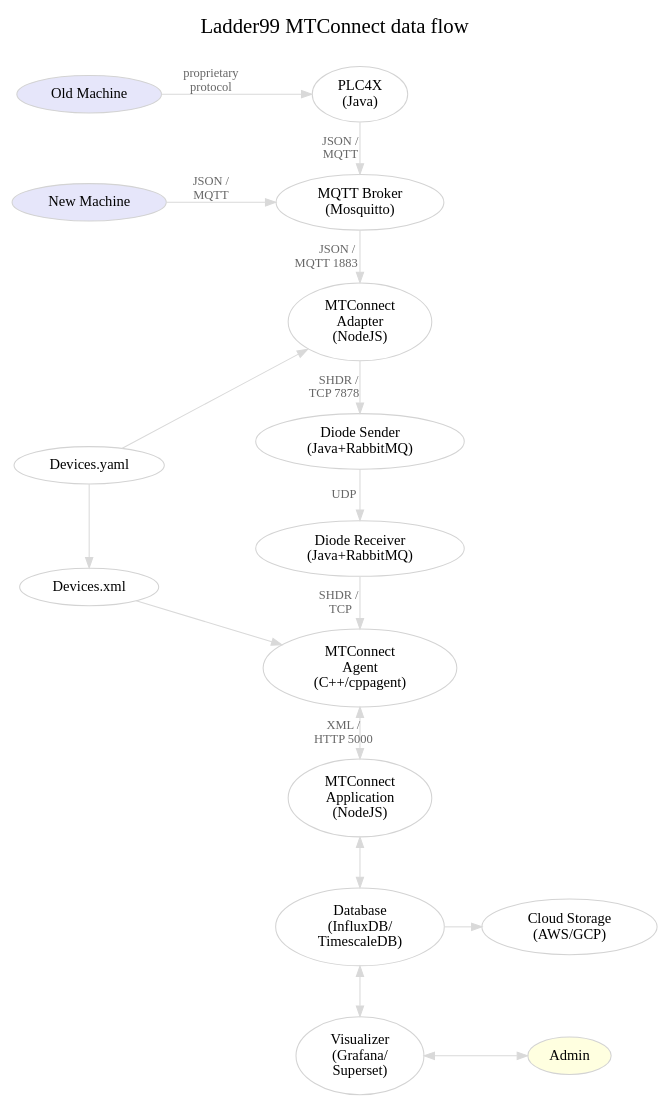
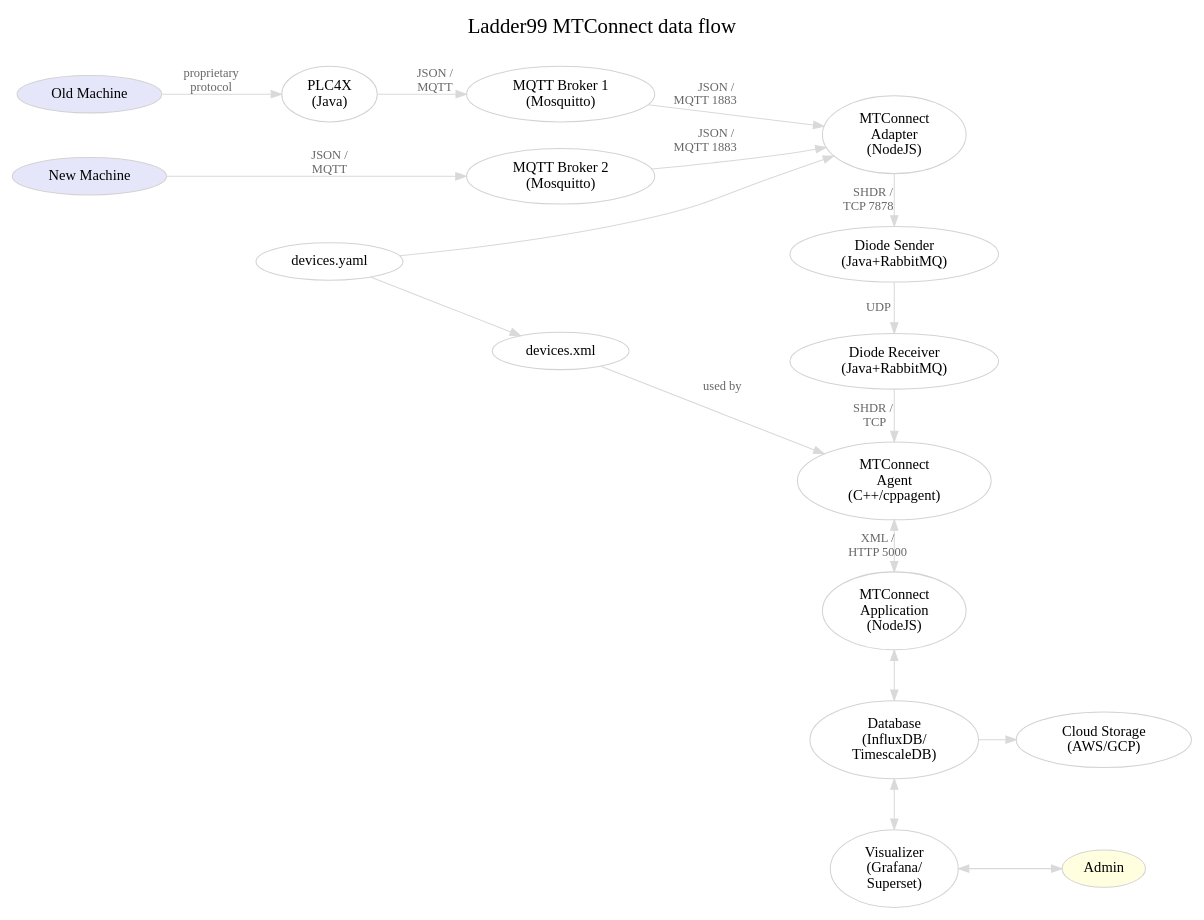
One commit to Ladder99/ladder99 changed the diagram in docs/architecture.dot. Above: the diagram before and after it, drawn with Graphviz.

Commit message:
wip docs

```diff
--- a/docs/architecture.dot
+++ b/docs/architecture.dot
@@ -1,56 +1,61 @@
 digraph "ladder99-adapter" {
 
   // styles
   graph [ label="Ladder99 MTConnect data flow\n "; color=lightgray; ];
   graph [ fontsize=20 ];
   graph [ labelloc=t ];
   graph [ ranksep=0.2 ];
   graph [ nodesep=0.35 ];
   graph [ rankdir=LR; ] // left-to-right
   node [ color=lightgray; fillcolor=white; style=filled ];
   edge [ color=gray85 ];
   edge [ fontsize=12; fontcolor=gray40; ];
 
   // nodes
   OldMachine [ fillcolor=lavender; label="Old Machine" ];
   NewMachine [ fillcolor=lavender; label="New Machine" ];
   PLC4X [ label="PLC4X\n(Java)" ];
-  Broker [ label="MQTT Broker\n(Mosquitto)" ];
+  Broker1 [ label="MQTT Broker 1\n(Mosquitto)" ];
+  Broker2 [ label="MQTT Broker 2\n(Mosquitto)" ];
   Adapter [ fillcolor=white; label="MTConnect\nAdapter\n(NodeJS)" ];
-  DevicesYaml [ label="Devices.yaml" ];
+  DevicesYaml [ label="devices.yaml" ];
   DiodeSender [ label="Diode Sender\n(Java+RabbitMQ)" ];
   DiodeReceiver [ label="Diode Receiver\n(Java+RabbitMQ)" ];
   Agent [ fillcolor=white; label="MTConnect\nAgent\n(C++/cppagent)" ];
-  DevicesXml [ label="Devices.xml" ];
+  DevicesXml [ label="devices.xml" ];
   Application [ fillcolor=white; label="MTConnect\nApplication\n(NodeJS)" ];
   Database [ label="Database\n(InfluxDB/\nTimescaleDB)" ];
   Visualizer [ label="Visualizer\n(Grafana/\nSuperset)" ];
   Cloud [ label="Cloud Storage\n(AWS/GCP)" ];
   Admin [ fillcolor=lightyellow ];
   // LOI [ label="LOI\n(SvelteJS)" ];
   // Operator [ fillcolor=lightyellow ];
 
   // edges
   OldMachine -> PLC4X [ label="proprietary\nprotocol" ];
-  NewMachine -> Broker [ label="JSON / \nMQTT" ];
-  PLC4X -> Broker [ label="JSON /  \nMQTT  " ];
-  Broker -> Adapter [ label="JSON /    \nMQTT 1883           " ];
+  PLC4X -> Broker1 [ label="JSON / \nMQTT" ];
+  NewMachine -> Broker2 [ label="JSON / \nMQTT" ];
+  Broker1 -> Adapter [ label="JSON /    \nMQTT 1883           " ];
+  Broker2 -> Adapter [ label="JSON /    \nMQTT 1883           " ];
   Adapter -> DiodeSender [ label="SHDR /   \nTCP 7878      " ];
   DevicesYaml -> Adapter [ ];
   DevicesYaml -> DevicesXml [ ];
   DiodeSender -> DiodeReceiver [ label="UDP    " ];
   DiodeReceiver -> Agent [ label="SHDR /   \nTCP  " ];
   // Adapter -> Agent [ label="SHDR/\nTCP 7878" ];
   Agent -> Application [ dir=both; label="XML /\nHTTP 5000" ];
-  DevicesXml -> Agent [ ];
+  DevicesXml -> Agent [ label="used by" ];
   Application -> Database [ dir=both ];
   Database -> Visualizer [ dir=both ];
   Database -> Cloud;
   Visualizer -> Admin [ dir=both ];
   // Application -> LOI;
   // LOI -> Operator;
 
   // rank
-  { rank=same; OldMachine NewMachine DevicesYaml DevicesXml };
-  { rank=same; PLC4X Broker Adapter DiodeSender DiodeReceiver Agent Application Database Visualizer };
+  { rank=same; OldMachine NewMachine };
+  { rank=same; Broker1 Broker2 };
+  // { rank=same; DevicesYaml DevicesXml };
+  // { rank=same; PLC4X Broker Adapter DiodeSender DiodeReceiver Agent Application Database Visualizer };
+  { rank=same; Adapter DiodeSender DiodeReceiver Agent Application Database Visualizer };
 }
```
